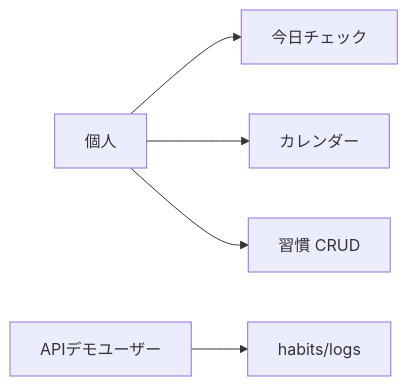
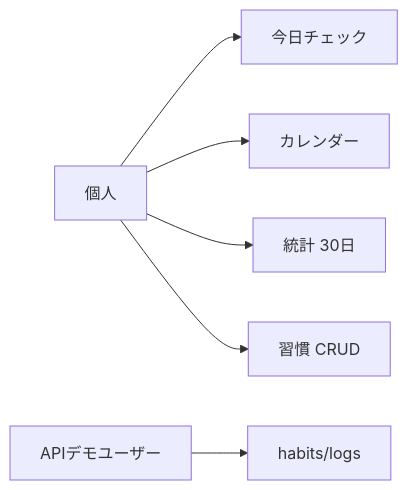
One commit to maeplego/portfolio-plan changed the first of 4 diagrams in portfolio-plan/habit-tracker/docs/06-diagrams.md. Above: the diagram before and after it, drawn with Mermaid. The commit also changed other lines of this file and 111 other files, not shown here.

````diff
--- a/portfolio-plan/habit-tracker/docs/06-diagrams.md
+++ b/portfolio-plan/habit-tracker/docs/06-diagrams.md
@@ -12,9 +12,10 @@
 ```mermaid
 flowchart LR
   user[個人]
   user --> today[今日チェック]
   user --> cal[カレンダー]
+  user --> stats[統計 30日]
   user --> crud[習慣 CRUD]
   apiUser[APIデモユーザー]
   apiUser --> sync[habits/logs]
 ```
````
